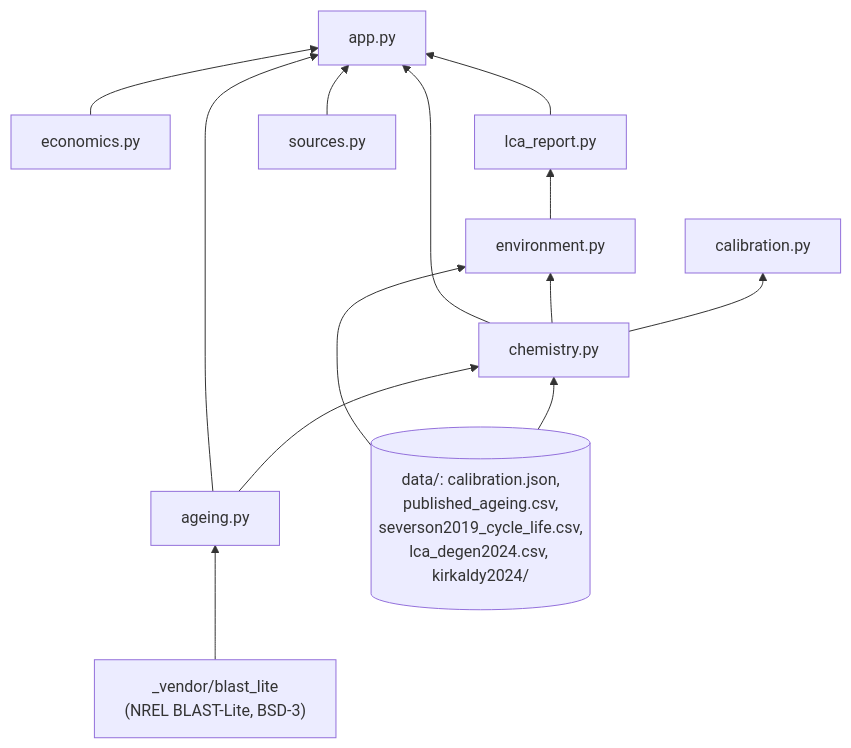
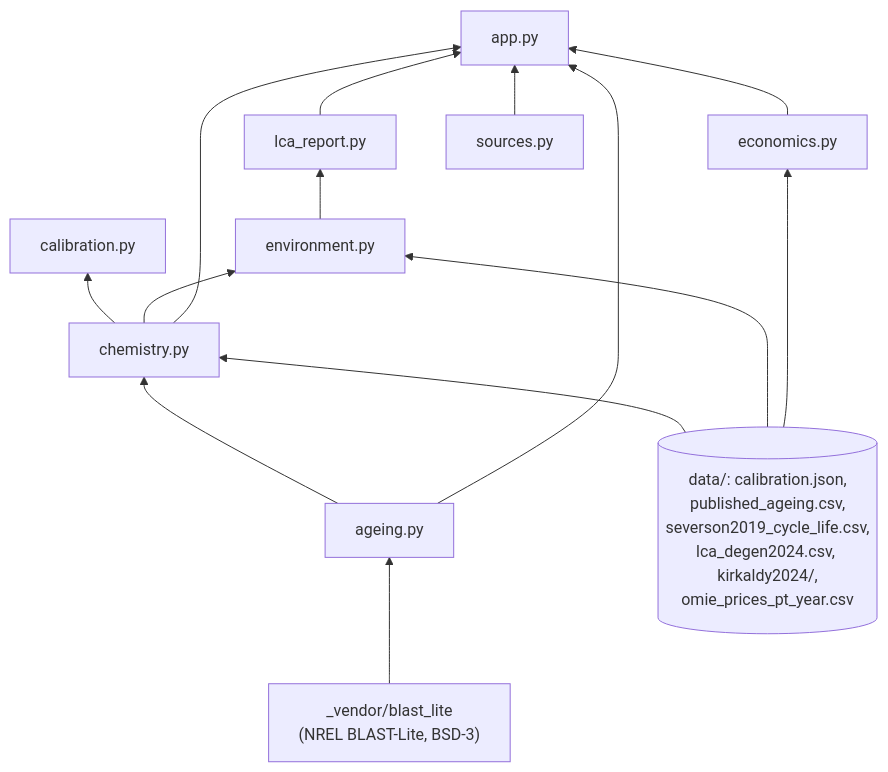
Before and after one commit to TheJohn01/DigitalTwinBattery: the fourth of 11 diagrams in README.md, drawn with Mermaid. The commit also changed other lines of this file and 7 other files, not shown here.

````diff
--- a/README.md
+++ b/README.md
@@ -272,23 +276,24 @@
 ```mermaid
 flowchart BT
     vendor["_vendor/blast_lite<br/>(NREL BLAST-Lite, BSD-3)"]
     ageing["ageing.py"]
     chemistry["chemistry.py"]
     calibration["calibration.py"]
     economics["economics.py"]
     environment["environment.py"]
     report["lca_report.py"]
     sources["sources.py"]
     app["app.py"]
-    data[("data/: calibration.json,<br/>published_ageing.csv,<br/>severson2019_cycle_life.csv,<br/>lca_degen2024.csv, kirkaldy2024/")]
+    data[("data/: calibration.json,<br/>published_ageing.csv,<br/>severson2019_cycle_life.csv,<br/>lca_degen2024.csv, kirkaldy2024/,<br/>omie_prices_pt_year.csv")]
     vendor --> ageing --> chemistry
     data --> chemistry
     data --> environment
+    data --> economics
     chemistry --> calibration
     chemistry --> environment --> report
     chemistry --> app
     ageing --> app
     economics --> app
     report --> app
     sources --> app
 ```
````
